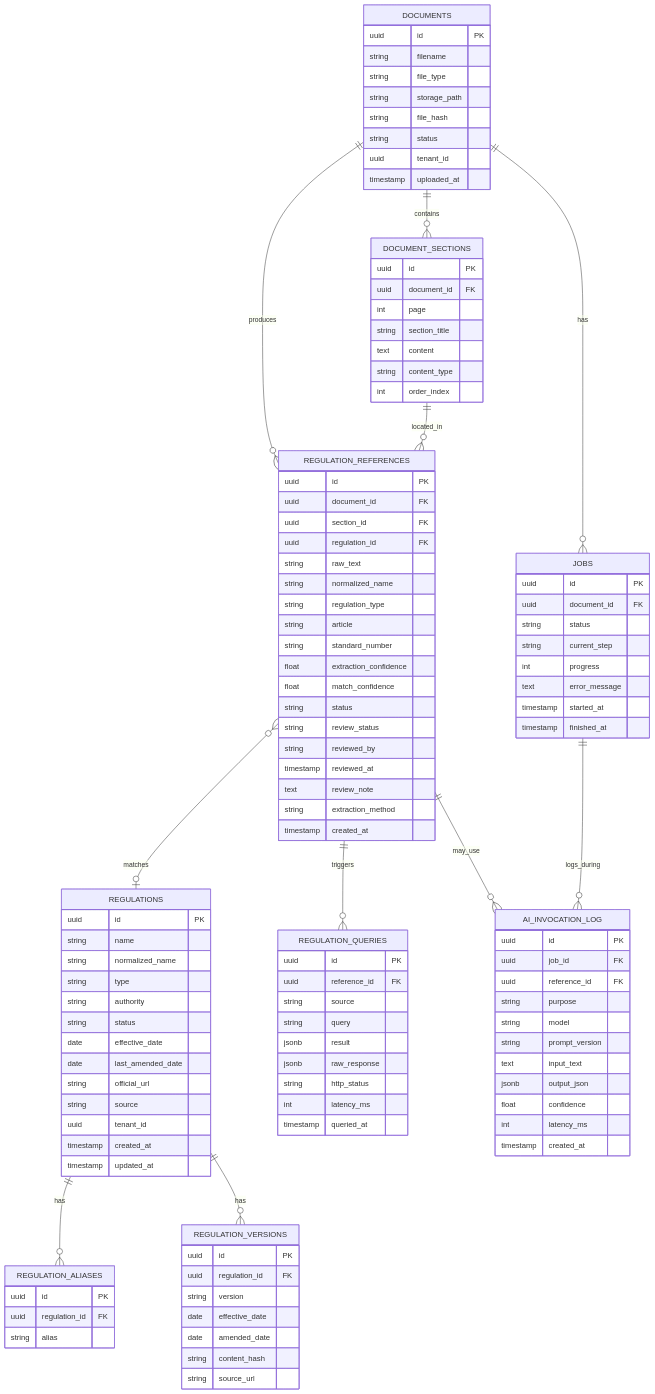
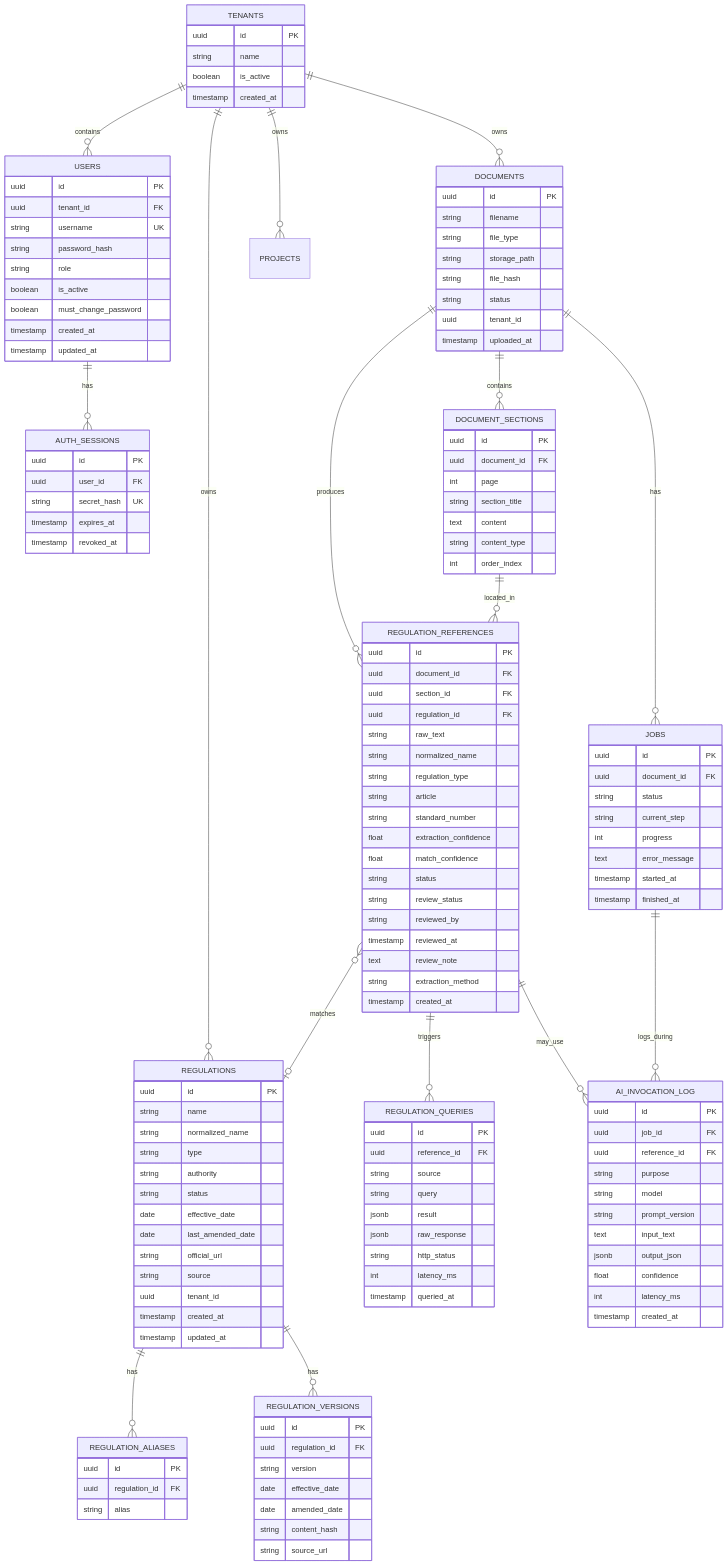
Before and after one commit to kayla162/Engineering-Quality: the diagram in docs/database.md, drawn with Mermaid. The commit also changed other lines of this file and 55 other files, not shown here.

Commit message:
feat: add local auth and tenant isolation

````diff
--- a/docs/database.md
+++ b/docs/database.md
@@ -12,5 +12,10 @@
 ```mermaid
 erDiagram
+    TENANTS ||--o{ USERS : contains
+    USERS ||--o{ AUTH_SESSIONS : has
+    TENANTS ||--o{ DOCUMENTS : owns
+    TENANTS ||--o{ PROJECTS : owns
+    TENANTS ||--o{ REGULATIONS : owns
     DOCUMENTS ||--o{ DOCUMENT_SECTIONS : contains
     DOCUMENTS ||--o{ JOBS : has
     DOCUMENTS ||--o{ REGULATION_REFERENCES : produces
@@ -22,6 +27,30 @@
     REGULATION_REFERENCES ||--o{ AI_INVOCATION_LOG : may_use
     JOBS ||--o{ AI_INVOCATION_LOG : logs_during
 
+    TENANTS {
+        uuid id PK
+        string name
+        boolean is_active
+        timestamp created_at
+    }
+    USERS {
+        uuid id PK
+        uuid tenant_id FK
+        string username UK
+        string password_hash
+        string role
+        boolean is_active
+        boolean must_change_password
+        timestamp created_at
+        timestamp updated_at
+    }
+    AUTH_SESSIONS {
+        uuid id PK
+        uuid user_id FK
+        string secret_hash UK
+        timestamp expires_at
+        timestamp revoked_at
+    }
     DOCUMENTS {
         uuid id PK
         string filename
````
